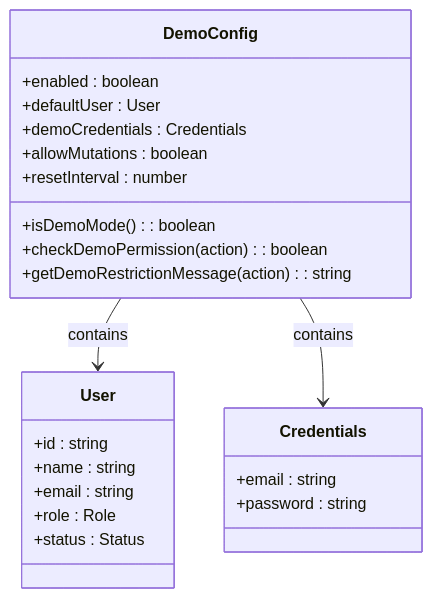
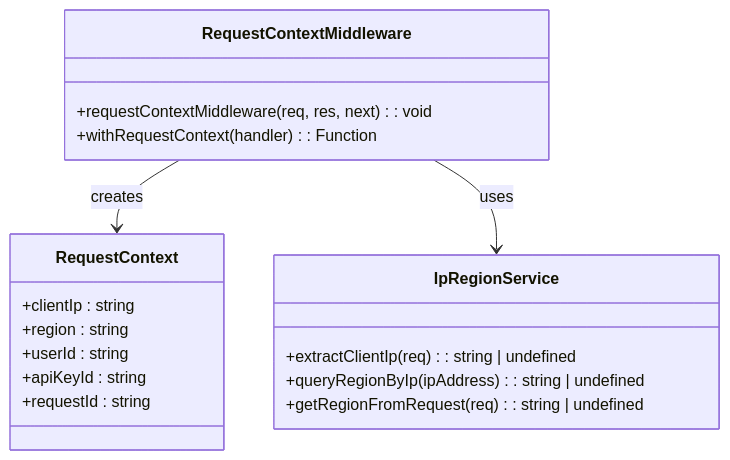
Before and after one commit to RadiumAg/AIGate: the third of 12 diagrams in .qoder/repowiki/zh/content/核心功能/演示模式系统.md, drawn with Mermaid. The commit also changed other lines of this file and 7 other files, not shown here.

First line of the commit message:
docs(model-pricing): 更新模型定价系统文档，新增 API Key 自定义定价支持

````diff
--- a/.qoder/repowiki/zh/content/核心功能/演示模式系统.md
+++ b/.qoder/repowiki/zh/content/核心功能/演示模式系统.md
@@ -213,26 +268,21 @@
 ```mermaid
 classDiagram
-class DemoConfig {
-+enabled : boolean
-+defaultUser : User
-+demoCredentials : Credentials
-+allowMutations : boolean
-+resetInterval : number
-+isDemoMode() : boolean
-+checkDemoPermission(action) : boolean
-+getDemoRestrictionMessage(action) : string
+class RequestContext {
++clientIp : string
++region : string
++userId : string
++apiKeyId : string
++requestId : string
 }
-class User {
-+id : string
-+name : string
-+email : string
-+role : Role
-+status : Status
+class RequestContextMiddleware {
++requestContextMiddleware(req, res, next) : void
++withRequestContext(handler) : Function
 }
-class Credentials {
-+email : string
-+password : string
+class IpRegionService {
++extractClientIp(req) : string | undefined
++queryRegionByIp(ipAddress) : string | undefined
++getRegionFromRequest(req) : string | undefined
 }
-DemoConfig --> User : contains
-DemoConfig --> Credentials : contains
+RequestContextMiddleware --> RequestContext : creates
+RequestContextMiddleware --> IpRegionService : uses
 ```
````
